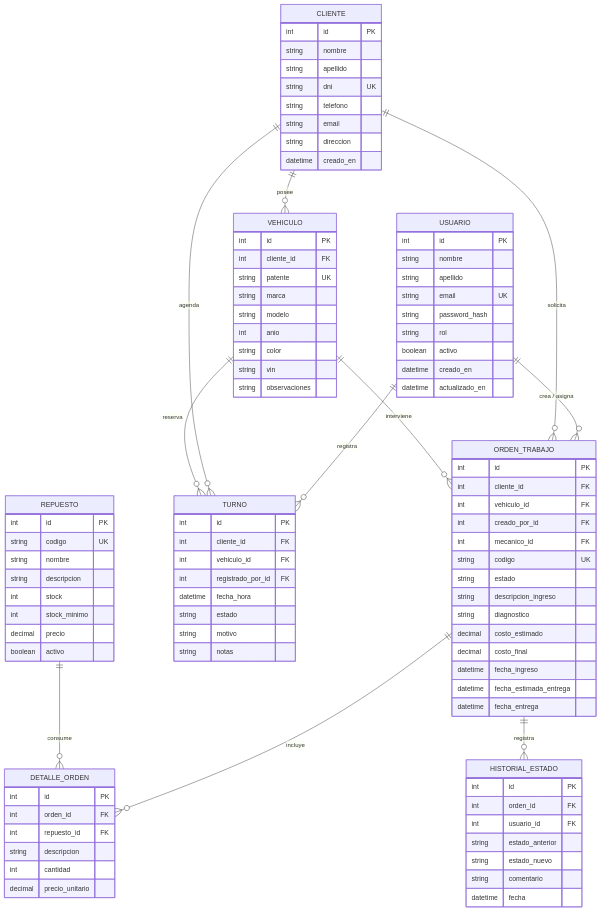
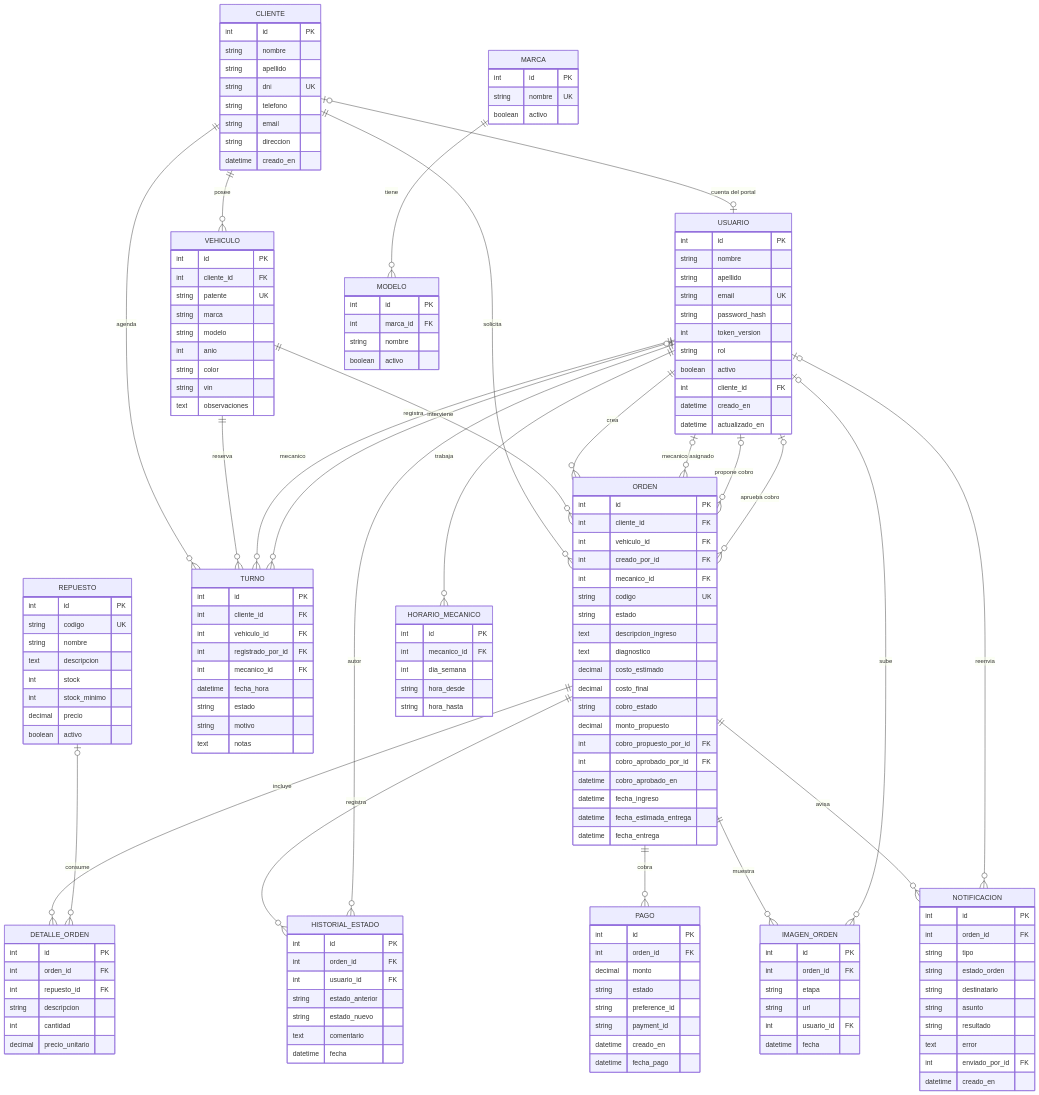
Before and after one commit to Antony27c/Boxly: the diagram in docs/DER.md, drawn with Mermaid. The commit also changed other lines of this file and 38 other files, not shown here.

````diff
--- a/docs/DER.md
+++ b/docs/DER.md
@@ -26,15 +28,28 @@
 ```mermaid
 erDiagram
-    USUARIO ||--o{ ORDEN_TRABAJO : "crea / asigna"
-    USUARIO ||--o{ TURNO : registra
-    CLIENTE ||--o{ VEHICULO : posee
-    CLIENTE ||--o{ ORDEN_TRABAJO : solicita
-    CLIENTE ||--o{ TURNO : agenda
-    VEHICULO ||--o{ ORDEN_TRABAJO : interviene
-    VEHICULO ||--o{ TURNO : reserva
-    ORDEN_TRABAJO ||--o{ DETALLE_ORDEN : incluye
-    REPUESTO ||--o{ DETALLE_ORDEN : consume
-    ORDEN_TRABAJO ||--o{ HISTORIAL_ESTADO : registra
+    CLIENTE ||--o{ VEHICULO : "posee"
+    CLIENTE ||--o{ ORDEN : "solicita"
+    CLIENTE ||--o{ TURNO : "agenda"
+    CLIENTE |o--o| USUARIO : "cuenta del portal"
+    VEHICULO ||--o{ ORDEN : "interviene"
+    VEHICULO ||--o{ TURNO : "reserva"
+    USUARIO ||--o{ ORDEN : "crea"
+    USUARIO |o--o{ ORDEN : "mecanico asignado"
+    USUARIO |o--o{ ORDEN : "propone cobro"
+    USUARIO |o--o{ ORDEN : "aprueba cobro"
+    ORDEN ||--o{ DETALLE_ORDEN : "incluye"
+    REPUESTO |o--o{ DETALLE_ORDEN : "consume"
+    ORDEN ||--o{ HISTORIAL_ESTADO : "registra"
+    USUARIO ||--o{ HISTORIAL_ESTADO : "autor"
+    ORDEN ||--o{ PAGO : "cobra"
+    ORDEN ||--o{ IMAGEN_ORDEN : "muestra"
+    USUARIO |o--o{ IMAGEN_ORDEN : "sube"
+    ORDEN ||--o{ NOTIFICACION : "avisa"
+    USUARIO |o--o{ NOTIFICACION : "reenvia"
+    USUARIO ||--o{ TURNO : "registra"
+    USUARIO |o--o{ TURNO : "mecanico"
+    USUARIO ||--o{ HORARIO_MECANICO : "trabaja"
+    MARCA ||--o{ MODELO : "tiene"
 
     USUARIO {
         int id PK
@@ -42,8 +57,10 @@
         string apellido
         string email UK
         string password_hash
+        int token_version
         string rol
         boolean activo
+        int cliente_id FK
         datetime creado_en
         datetime actualizado_en
     }
@@ -68,10 +85,10 @@
         int anio
         string color
         string vin
-        string observaciones
+        text observaciones
     }
 
-    ORDEN_TRABAJO {
+    ORDEN {
         int id PK
         int cliente_id FK
         int vehiculo_id FK
@@ -79,13 +96,28 @@
         int mecanico_id FK
         string codigo UK
         string estado
-        string descripcion_ingreso
-        string diagnostico
+        text descripcion_ingreso
+        text diagnostico
         decimal costo_estimado
         decimal costo_final
+        string cobro_estado
+        decimal monto_propuesto
+        int cobro_propuesto_por_id FK
+        int cobro_aprobado_por_id FK
+        datetime cobro_aprobado_en
         datetime fecha_ingreso
         datetime fecha_estimada_entrega
         datetime fecha_entrega
+    }
+
+    HISTORIAL_ESTADO {
+        int id PK
+        int orden_id FK
+        int usuario_id FK
+        string estado_anterior
+        string estado_nuevo
+        text comentario
+        datetime fecha
     }
 
     DETALLE_ORDEN {
@@ -101,7 +133,7 @@
         int id PK
         string codigo UK
         string nombre
-        string descripcion
+        text descripcion
         int stock
         int stock_minimo
         decimal precio
@@ -113,19 +145,64 @@
         int cliente_id FK
         int vehiculo_id FK
         int registrado_por_id FK
+        int mecanico_id FK
         datetime fecha_hora
         string estado
         string motivo
-        string notas
+        text notas
     }
 
-    HISTORIAL_ESTADO {
+    HORARIO_MECANICO {
+        int id PK
+        int mecanico_id FK
+        int dia_semana
+        string hora_desde
+        string hora_hasta
+    }
+
+    IMAGEN_ORDEN {
         int id PK
         int orden_id FK
+        string etapa
+        string url
         int usuario_id FK
-        string estado_anterior
-        string estado_nuevo
-        string comentario
         datetime fecha
     }
+
+    MARCA {
+        int id PK
+        string nombre UK
+        boolean activo
+    }
+
+    MODELO {
+        int id PK
+        int marca_id FK
+        string nombre
+        boolean activo
+    }
+
+    PAGO {
+        int id PK
+        int orden_id FK
+        decimal monto
+        string estado
+        string preference_id
+        string payment_id
+        datetime creado_en
+        datetime fecha_pago
+    }
+
+    NOTIFICACION {
+        int id PK
+        int orden_id FK
+        string tipo
+        string estado_orden
+        string destinatario
+        string asunto
+        string resultado
+        text error
+        int enviado_por_id FK
+        datetime creado_en
+    }
 ```
````
